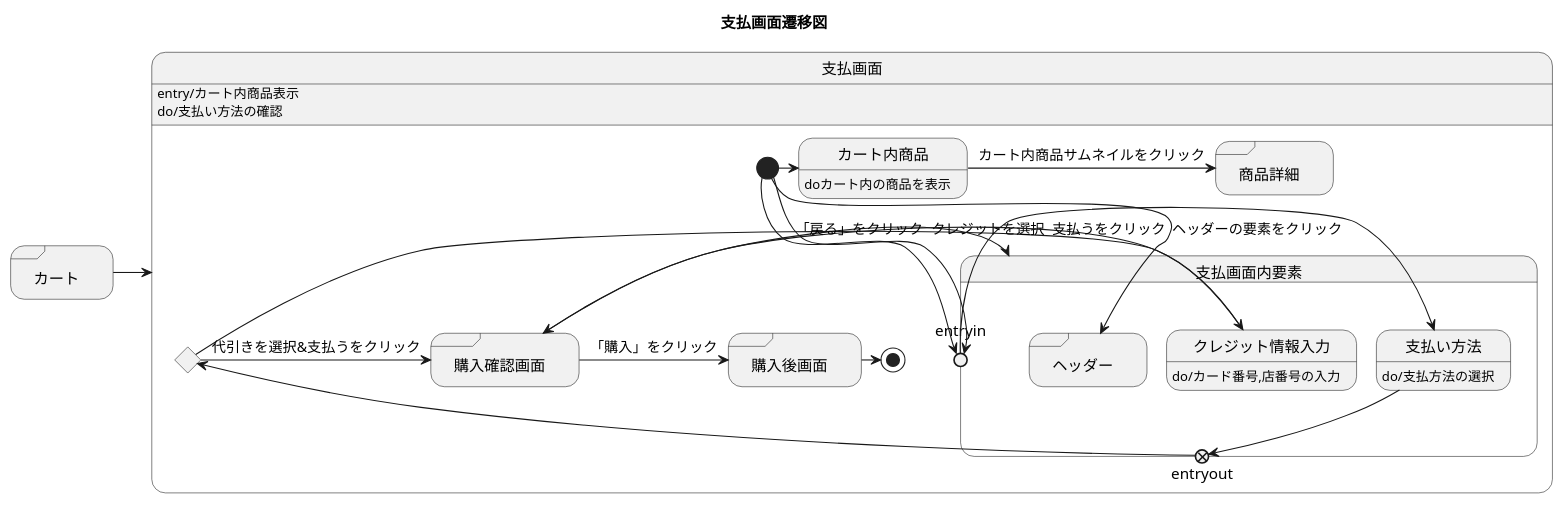
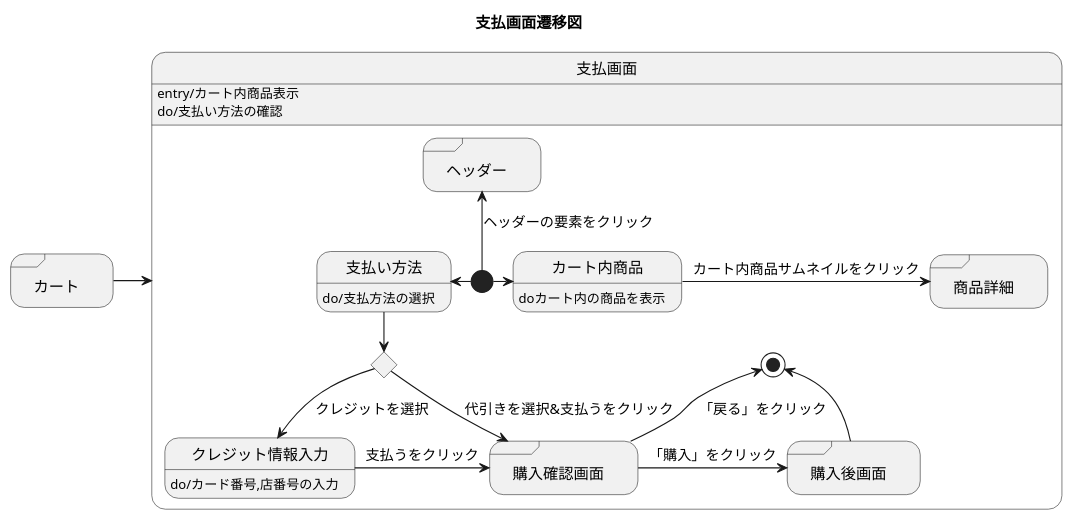
Before and after one commit to akutori/T-D-E: the diagram in 支払画面.md, drawn with PlantUML.

Commit message:
考えがまとまるまで一旦戻る

````diff
--- a/支払画面.md
+++ b/支払画面.md
@@ -1,44 +1,33 @@
 ```uml
 @startuml
 title 支払画面遷移図
 state 支払画面:entry/カート内商品表示
 state 支払画面:do/支払い方法の確認
 state "カート" as cart <<sdlreceive>>
 
 cart->支払画面
 
 state 支払画面{
     state input <<choice>>
-
+    state "ヘッダー" as headder <<sdlreceive>>
     state "購入確認画面" as PurchaseConfirmation <<sdlreceive>>
     state "商品詳細" as detail <<sdlreceive>>
     state "購入後画面" as boughtpage <<sdlreceive>>
-
+    state 支払い方法:do/支払方法の選択
+    state クレジット情報入力:do/カード番号,店番号の入力
     state カート内商品:doカート内の商品を表示
 
-    state 支払画面内要素{
-        state "ヘッダー" as headder <<sdlreceive>>
-        state 支払い方法:do/支払方法の選択
-        state クレジット情報入力:do/カード番号,店番号の入力
-        state entryin <<entrypoint>>
-        state entryout <<exitpoint>>
-    
-    }
-    [*] --> entryin  
-    entryin -left-> 支払い方法
+    [*]-left->支払い方法
     [*]->カート内商品
-    [*]-->entryin
-    [*]-->headder : ヘッダーの要素をクリック
-    支払い方法-->entryout
-    entryout->input
-    
+    [*]-up->headder : ヘッダーの要素をクリック
+    支払い方法-->input
     input-> PurchaseConfirmation : 代引きを選択&支払うをクリック
     input--> クレジット情報入力 : クレジットを選択
     クレジット情報入力 -> PurchaseConfirmation : 支払うをクリック
     カート内商品->detail : カート内商品サムネイルをクリック
     PurchaseConfirmation -> boughtpage : 「購入」をクリック
-    PurchaseConfirmation -> 支払画面内要素 : 「戻る」をクリック
+    PurchaseConfirmation -up->[*]  : 「戻る」をクリック
     boughtpage ->[*]
 }
 @enduml
 ```
````
